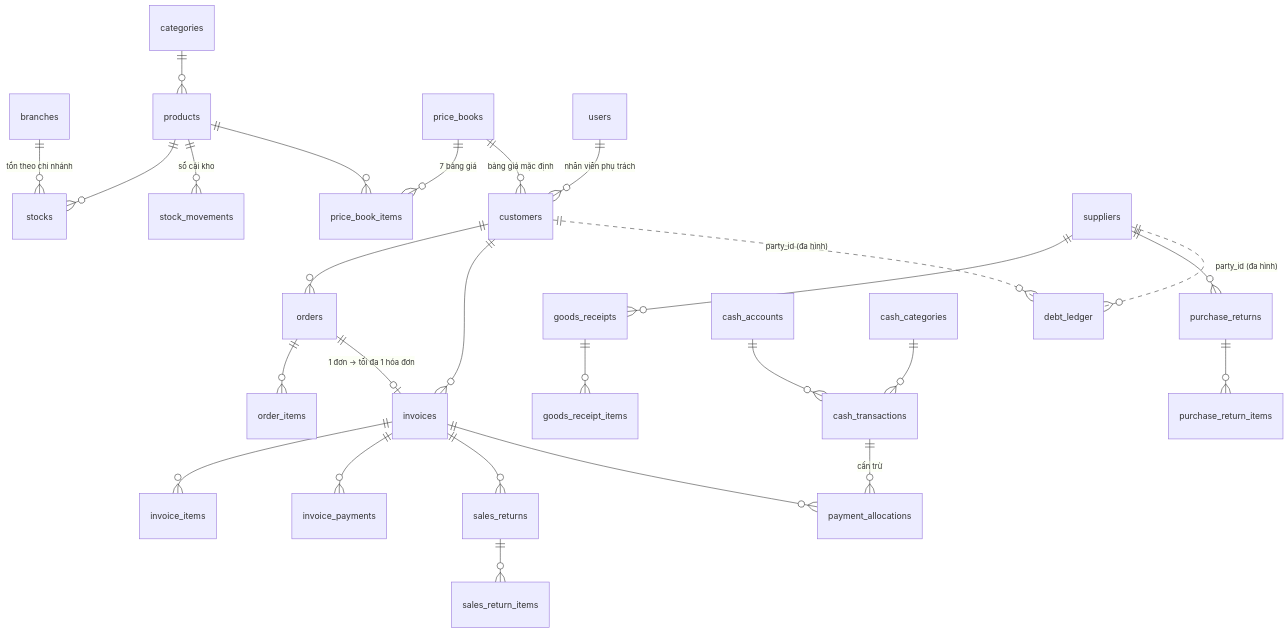
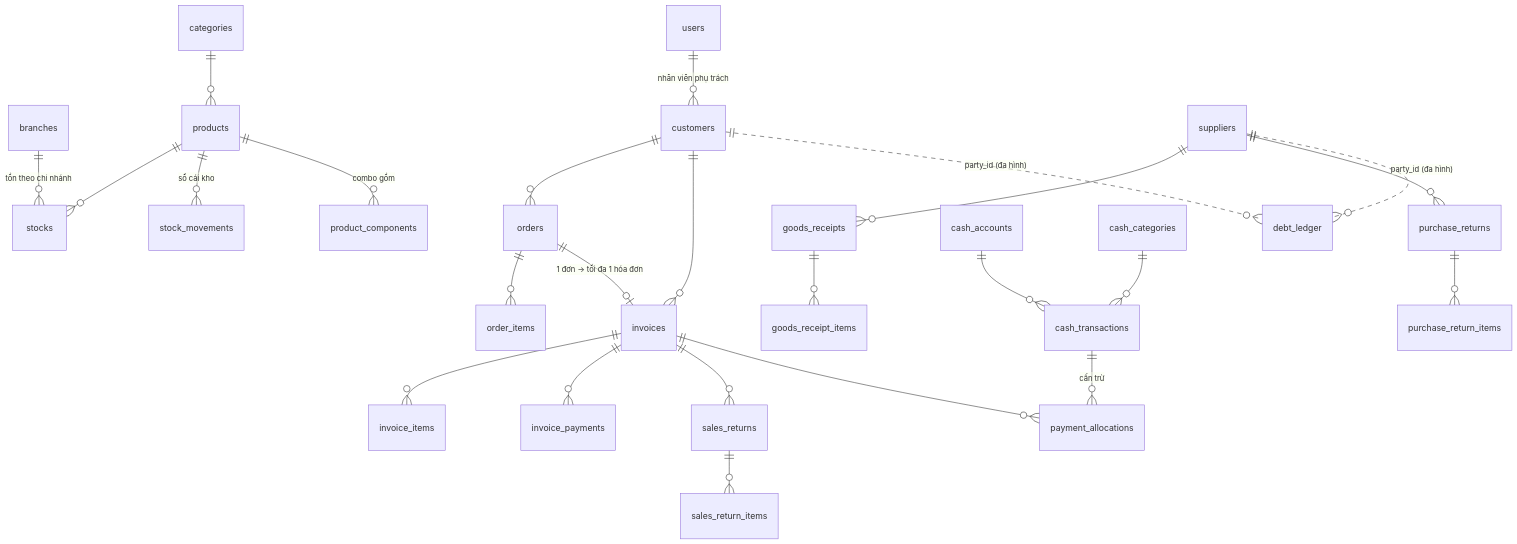
Before and after one commit to quocdu3011/tokosi_web: the diagram in docs/db/README.md, drawn with Mermaid. The commit also changed other lines of this file and 54 other files, not shown here.

First line of the commit message:
feat(api): loại hàng Combo, bỏ unit/weightG/isSellable và toàn bộ giá bán

````diff
--- a/docs/db/README.md
+++ b/docs/db/README.md
@@ -30,32 +30,30 @@
 ```mermaid
 erDiagram
   branches ||--o{ stocks : "tồn theo chi nhánh"
   products ||--o{ stocks : ""
   products ||--o{ stock_movements : "sổ cái kho"
   categories ||--o{ products : ""
-  products ||--o{ price_book_items : ""
-  price_books ||--o{ price_book_items : "7 bảng giá"
-  price_books ||--o{ customers : "bảng giá mặc định"
+  products ||--o{ product_components : "combo gồm"
   users ||--o{ customers : "nhân viên phụ trách"
 
   customers ||--o{ orders : ""
   orders ||--o{ order_items : ""
   orders ||--o| invoices : "1 đơn → tối đa 1 hóa đơn"
   customers ||--o{ invoices : ""
   invoices ||--o{ invoice_items : ""
   invoices ||--o{ invoice_payments : ""
   invoices ||--o{ sales_returns : ""
   sales_returns ||--o{ sales_return_items : ""
 
   suppliers ||--o{ goods_receipts : ""
   goods_receipts ||--o{ goods_receipt_items : ""
   suppliers ||--o{ purchase_returns : ""
   purchase_returns ||--o{ purchase_return_items : ""
 
   cash_accounts ||--o{ cash_transactions : ""
   cash_categories ||--o{ cash_transactions : ""
   cash_transactions ||--o{ payment_allocations : "cấn trừ"
   invoices ||--o{ payment_allocations : ""
   customers ||..o{ debt_ledger : "party_id (đa hình)"
   suppliers ||..o{ debt_ledger : "party_id (đa hình)"
 ```
````
